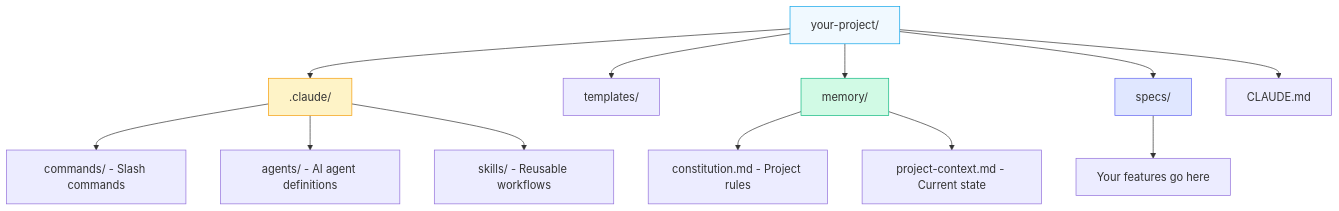
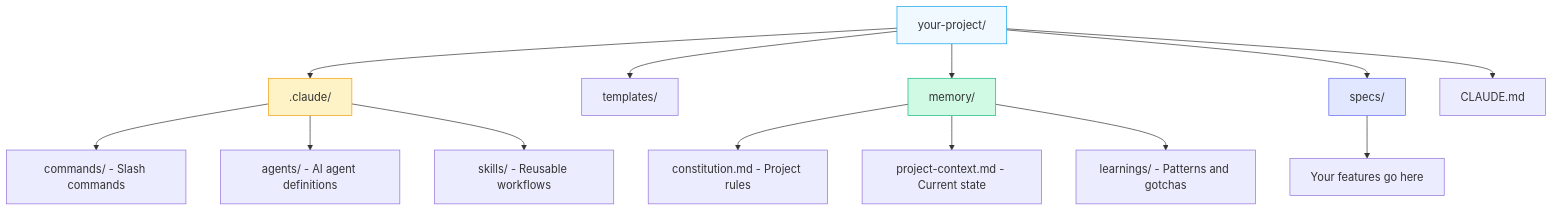
Before and after one commit to araserel/sigil-os: the second of 6 diagrams in docs/quick-start.md, drawn with Mermaid. The commit also changed other lines of this file and 12 other files, not shown here.

````diff
--- a/docs/quick-start.md
+++ b/docs/quick-start.md
@@ -155,22 +224,23 @@
 ```mermaid
 graph TD
     A[your-project/] --> B[.claude/]
     A --> C[templates/]
     A --> D[memory/]
     A --> E[specs/]
     A --> F[CLAUDE.md]
 
     B --> B1[commands/ - Slash commands]
     B --> B2[agents/ - AI agent definitions]
     B --> B3[skills/ - Reusable workflows]
 
     D --> D1[constitution.md - Project rules]
     D --> D2[project-context.md - Current state]
+    D --> D3[learnings/ - Patterns and gotchas]
 
     E --> E1[Your features go here]
 
     style A fill:#f0f9ff,stroke:#0ea5e9
     style B fill:#fef3c7,stroke:#f59e0b
     style D fill:#d1fae5,stroke:#10b981
     style E fill:#e0e7ff,stroke:#6366f1
 ```
````
